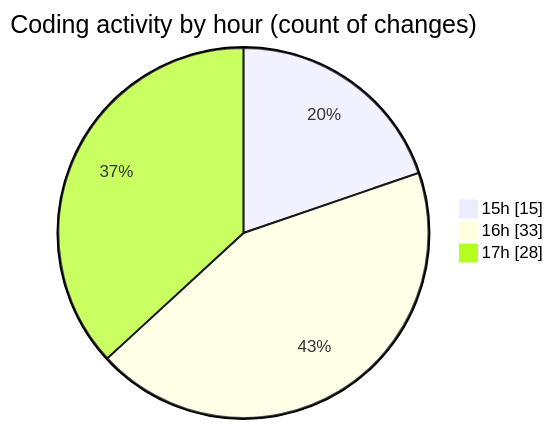
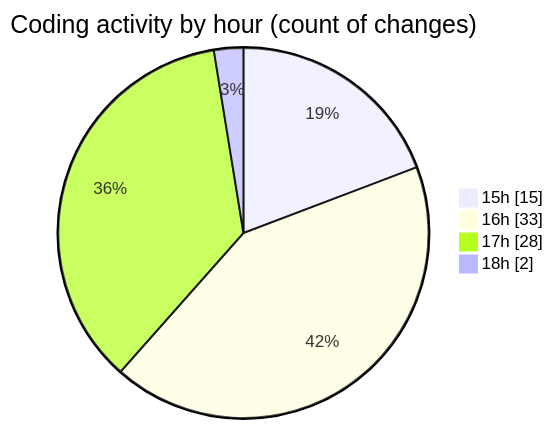
One commit to donsfak/code-tracking changed the second of 2 diagrams in 2025-02-25/trackers_app/README.md. Above: the diagram before and after it, drawn with Mermaid. The commit also changed other lines of this file and 1 other file, not shown here.

````diff
--- a/2025-02-25/trackers_app/README.md
+++ b/2025-02-25/trackers_app/README.md
@@ -38,7 +38,8 @@
 ```mermaid
 pie showData
 title Coding activity by hour (count of changes)
 "15h" : 15
 "16h" : 33
 "17h" : 28
+"18h" : 2
 ```
````
